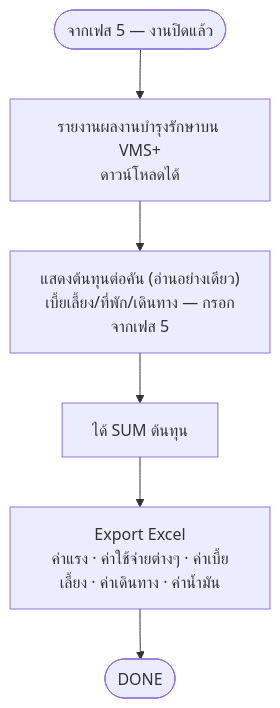
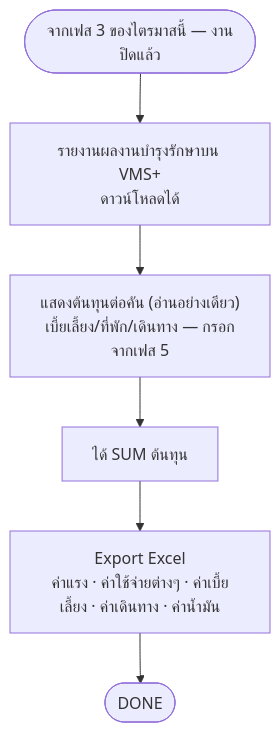
The diagram in Diagram/01-บำรุงรักษาตามวาระ/06-เฟส5-คำนวณต้นทุน.md (anugmail/Maintenance-Request-Form), drawn with Mermaid before and after one commit. The commit also changed other lines of this file and 12 other files, not shown here.

````diff
--- a/Diagram/01-บำรุงรักษาตามวาระ/06-เฟส5-คำนวณต้นทุน.md
+++ b/Diagram/01-บำรุงรักษาตามวาระ/06-เฟส5-คำนวณต้นทุน.md
@@ -26,8 +31,8 @@
 ```mermaid
 flowchart TB
-    S([จากเฟส 5 — งานปิดแล้ว]) --> A[รายงานผลงานบำรุงรักษาบน VMS+<br/>ดาวน์โหลดได้]
+    S(["จากเฟส 3 ของไตรมาสนี้ — งานปิดแล้ว"]) --> A[รายงานผลงานบำรุงรักษาบน VMS+<br/>ดาวน์โหลดได้]
     A --> B["แสดงต้นทุนต่อคัน (อ่านอย่างเดียว)<br/>เบี้ยเลี้ยง/ที่พัก/เดินทาง — กรอกจากเฟส 5"]
     B --> C[ได้ SUM ต้นทุน]
     C --> D[Export Excel<br/>ค่าแรง · ค่าใช้จ่ายต่างๆ · ค่าเบี้ยเลี้ยง · ค่าเดินทาง · ค่าน้ำมัน]
     D --> E([DONE])
 ```
````
